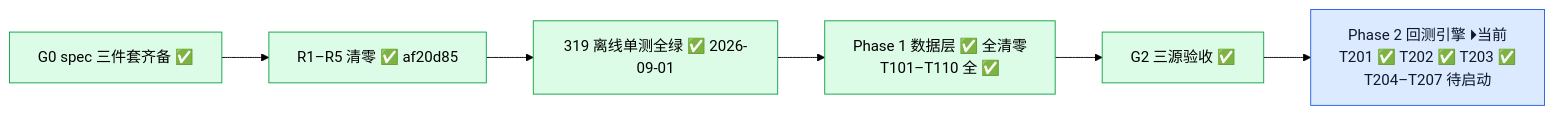
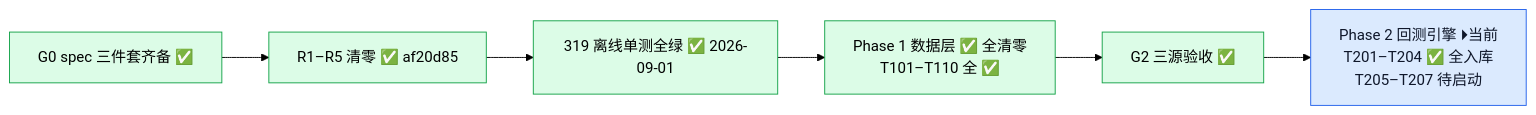
The second of 4 diagrams in docs/project_status_flowchart.md (YZml1507/FinAI2.0), drawn with Mermaid (forest theme) before and after one commit. The commit also changed other lines of this file and 3 other files, not shown here.

Commit message:
docs: T204 状态标记 — CLAUDE.md §0/§5/§7 + spec 快照同步（research-finai 25ce4fc）+ 流程图（T204 ✅ / 370 绿 / 当前位 T205）

````diff
--- a/docs/project_status_flowchart.md
+++ b/docs/project_status_flowchart.md
@@ -29,13 +29,13 @@
 ```mermaid
 flowchart LR
   G0[G0 spec 三件套齐备 ✅] --> R15[R1–R5 清零 ✅ af20d85] --> UT[319 离线单测全绿 ✅ 2026-09-01]
   UT --> P1[Phase 1 数据层 ✅ 全清零<br/>T101–T110 全 ✅]
   P1 --> G2[G2 三源验收 ✅]
-  G2 --> P2C[Phase 2 回测引擎 ⏵当前<br/>T201 ✅ T202 ✅ T203 ✅<br/>T204–T207 待启动]
+  G2 --> P2C[Phase 2 回测引擎 ⏵当前<br/>T201–T204 ✅ 全入库<br/>T205–T207 待启动]
   style G0 fill:#dcfce7,stroke:#16a34a
   style R15 fill:#dcfce7,stroke:#16a34a
   style UT fill:#dcfce7,stroke:#16a34a
   style P1 fill:#dcfce7,stroke:#16a34a
   style G2 fill:#dcfce7,stroke:#16a34a
   style P2C fill:#dbeafe,stroke:#2563eb,color:#0f172a
 ```
````
